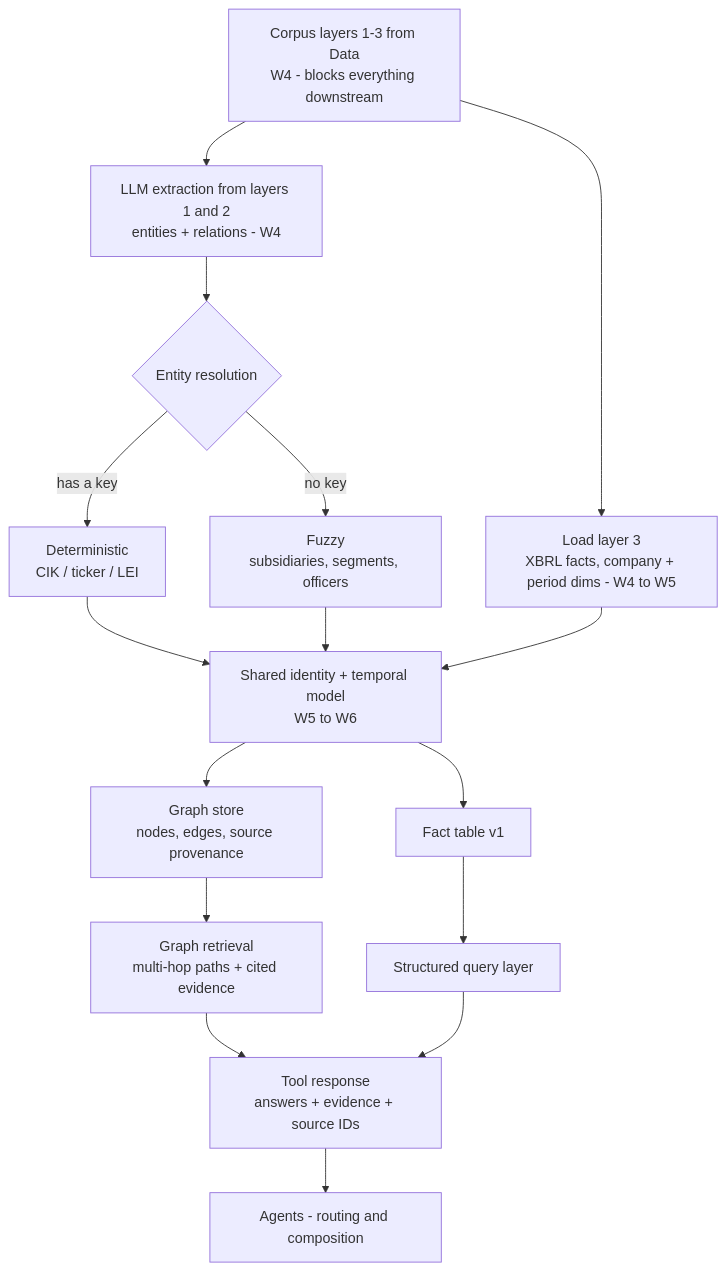
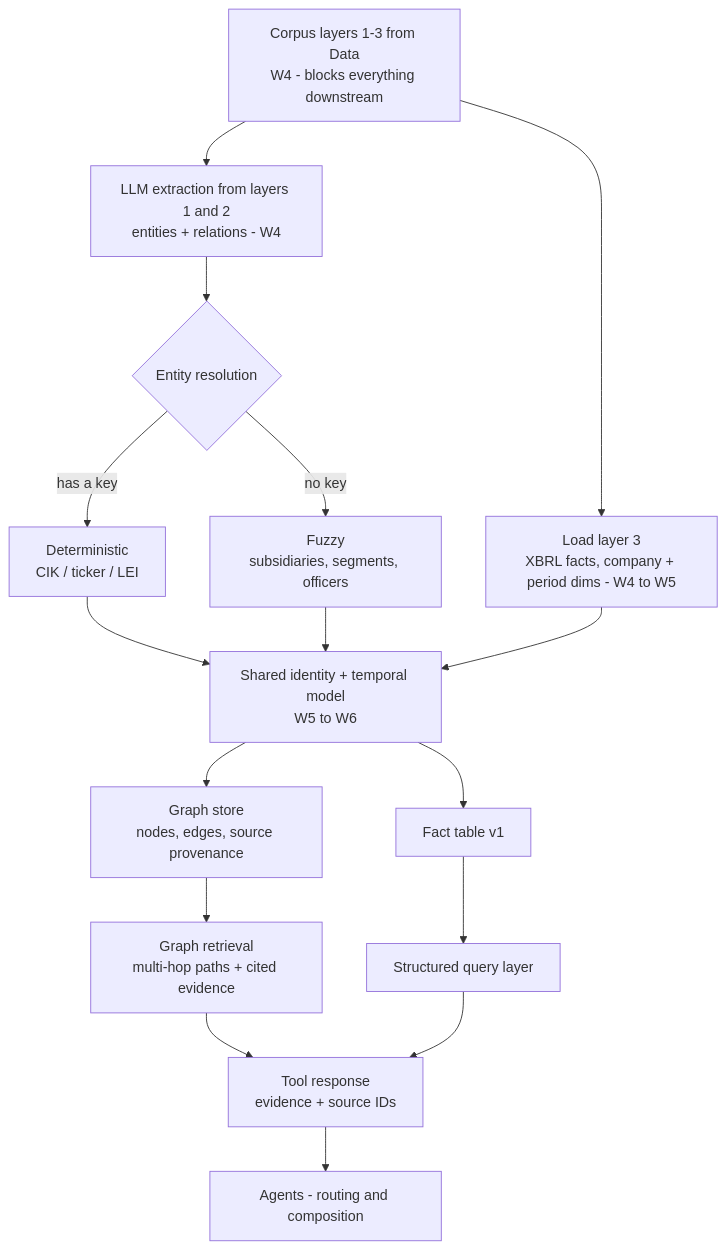
Before and after one commit to ZiyiClaudiaWang/KPMG-GraphRAG: the first of 5 diagrams in docs/architecture.md, drawn with Mermaid. The commit also changed other lines of this file and 1 other file, not shown here.

First line of the commit message:
Draw the pipeline as code, in the README and architecture

````diff
--- a/docs/architecture.md
+++ b/docs/architecture.md
@@ -42,18 +42,18 @@
 ```mermaid
 flowchart TB
   A["Corpus layers 1-3 from Data<br>W4 - blocks everything downstream"] --> B["LLM extraction from layers 1 and 2<br>entities + relations - W4"]
   A --> F["Load layer 3<br>XBRL facts, company + period dims - W4 to W5"]
   B --> C{"Entity resolution"}
   C -->|"has a key"| C1["Deterministic<br>CIK / ticker / LEI"]
   C -->|"no key"| C2["Fuzzy<br>subsidiaries, segments, officers"]
   C1 --> D["Shared identity + temporal model<br>W5 to W6"]
   C2 --> D
   F --> D
   D --> G["Graph store<br>nodes, edges, source provenance"]
   D --> H["Fact table v1"]
   G --> I["Graph retrieval<br>multi-hop paths + cited evidence"]
   H --> J["Structured query layer"]
-  I --> K["Tool response<br>answers + evidence + source IDs"]
+  I --> K["Tool response<br>evidence + source IDs"]
   J --> K
   K --> L["Agents - routing and composition"]
 ```
````
